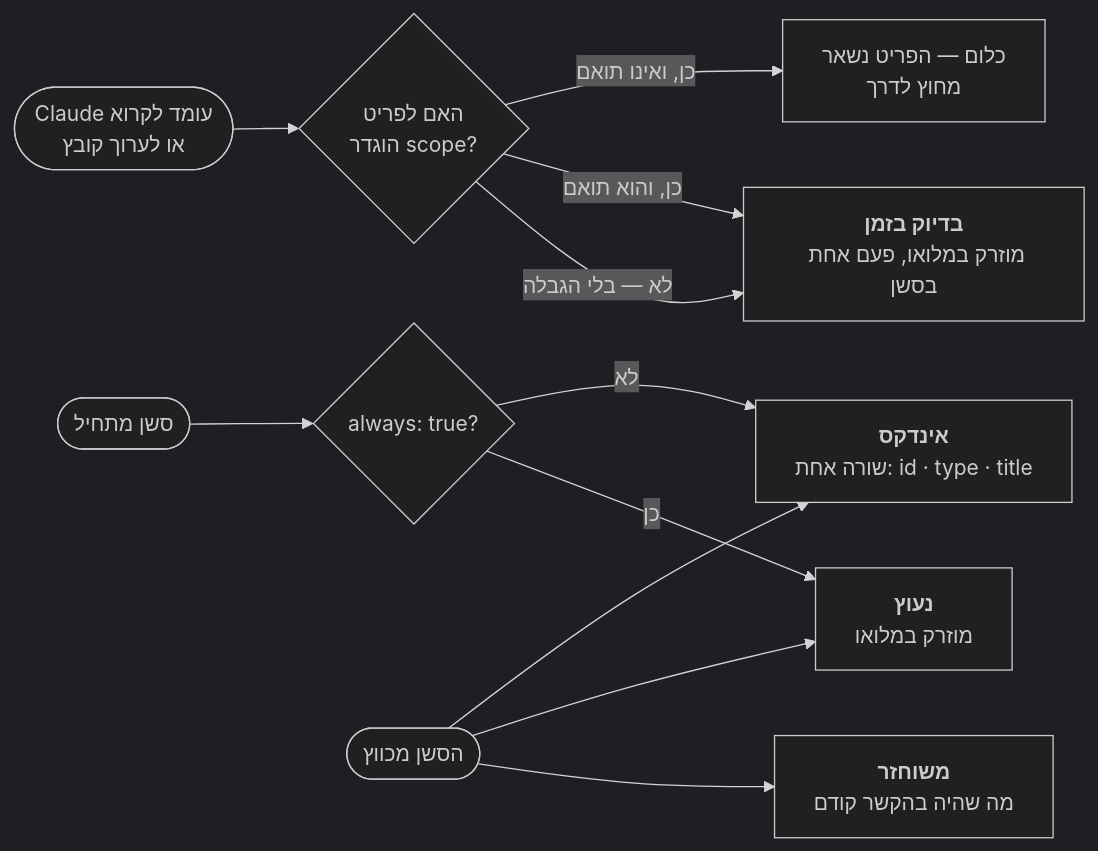
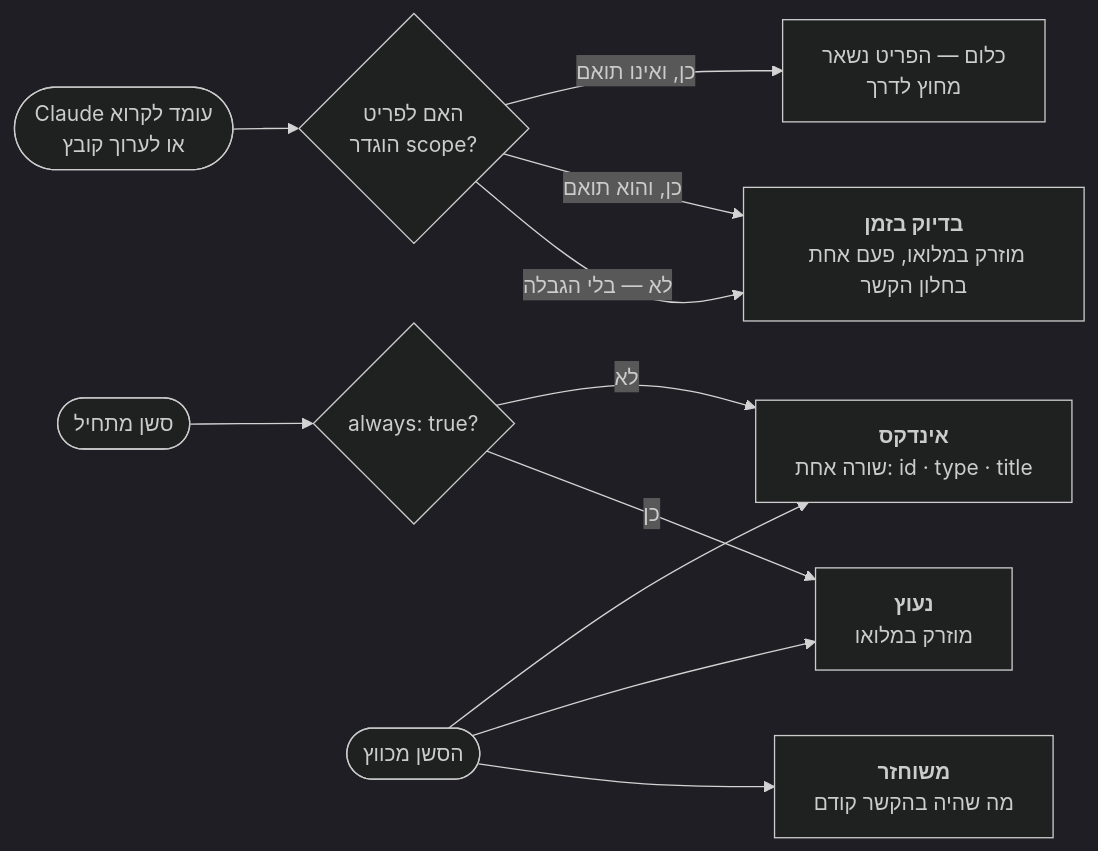
Before and after one commit to Dudi-Bar-On/my-context: the third of 5 diagrams in docs/README.he.md, drawn with Mermaid (dark theme). The commit also changed other lines of this file and 2 other files, not shown here.

First line of the commit message:
docs: record the subagent injection finding (ROADMAP E2) in §8 of both READMEs

````diff
--- a/docs/README.he.md
+++ b/docs/README.he.md
@@ -1390,13 +1390,13 @@
 ```mermaid
 flowchart LR
   S(["סשן מתחיל"]) --> Q{"always: true?"}
   Q -->|כן| PIN["<b>נעוץ</b><br/>מוזרק במלואו"]
   Q -->|לא| IDX["<b>אינדקס</b><br/>שורה אחת: id · type · title"]
   F(["Claude עומד לקרוא<br/>או לערוך קובץ"]) --> G{"האם לפריט<br/>הוגדר scope?"}
-  G -->|"לא — בלי הגבלה"| JIT["<b>בדיוק בזמן</b><br/>מוזרק במלואו, פעם אחת בסשן"]
+  G -->|"לא — בלי הגבלה"| JIT["<b>בדיוק בזמן</b><br/>מוזרק במלואו, פעם אחת בחלון הקשר"]
   G -->|"כן, והוא תואם"| JIT
   G -->|"כן, ואינו תואם"| NO["כלום — הפריט נשאר<br/>מחוץ לדרך"]
   C(["הסשן מכווץ"]) --> RES["<b>משוחזר</b><br/>מה שהיה בהקשר קודם"]
   C --> PIN
   C --> IDX
 ```
````
